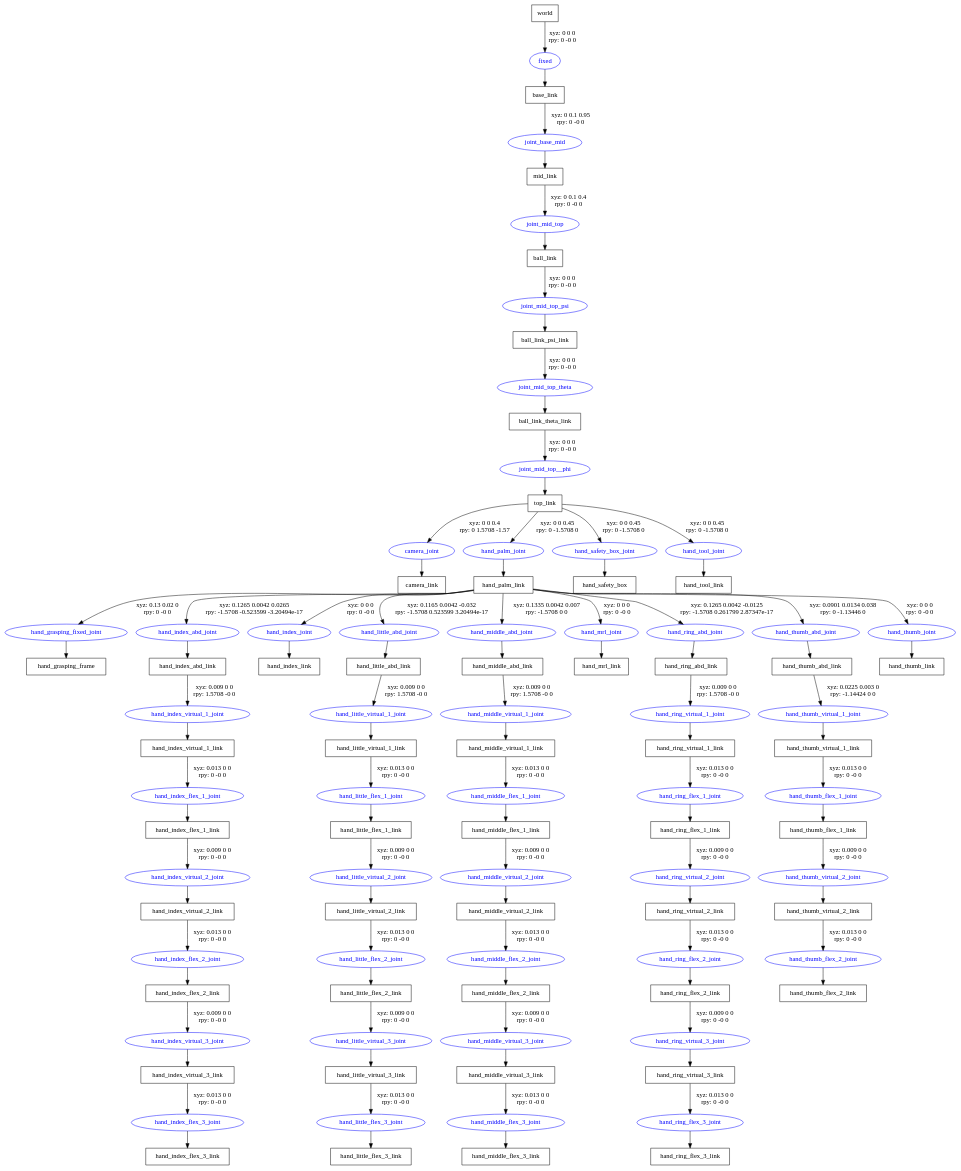
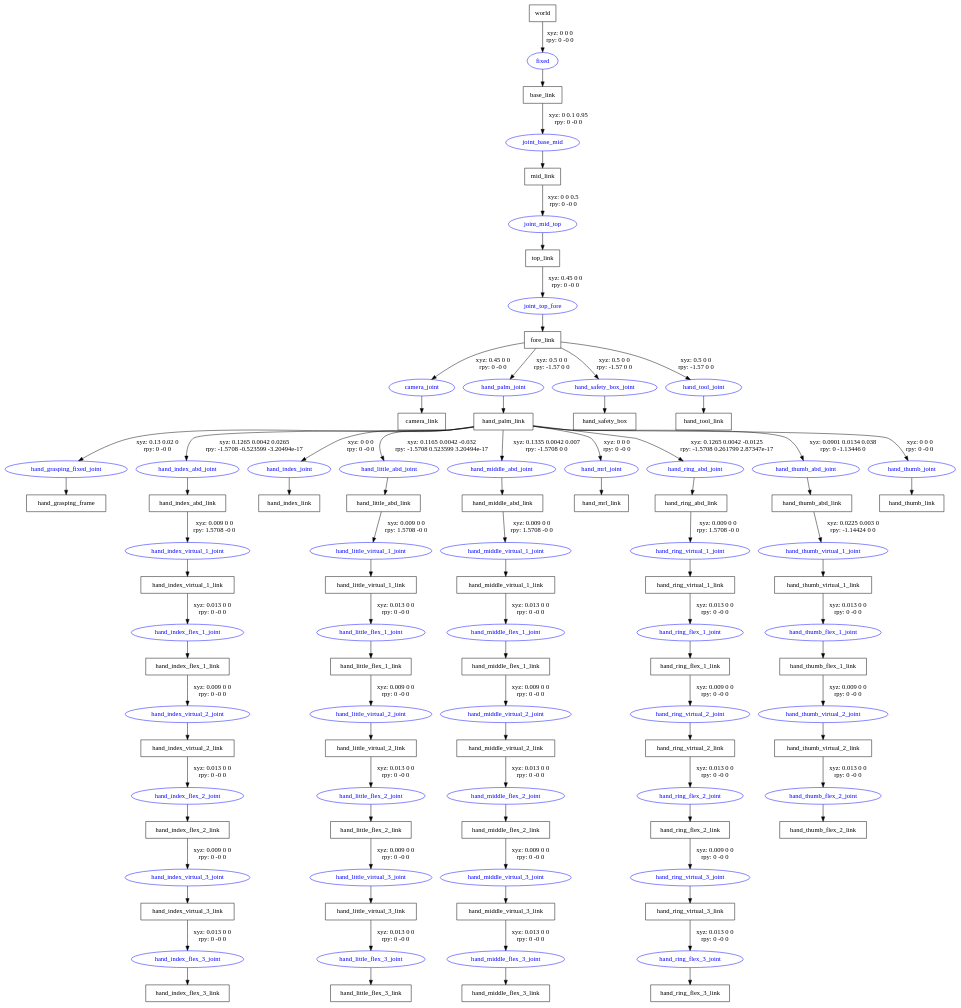
Before and after one commit to Mohammedelsayed412/prosthetic_hand_simulator: the diagram in sim_env_ws/src/arm_description/urdf/arm_stand.gv, drawn with Graphviz. The commit also changed 9 other files, not shown here.

```diff
--- a/sim_env_ws/src/arm_description/urdf/arm_stand.gv
+++ b/sim_env_ws/src/arm_description/urdf/arm_stand.gv
@@ -1,146 +1,140 @@
 digraph G {
 node [shape=box];
 "world" [label="world"];
 "base_link" [label="base_link"];
 "mid_link" [label="mid_link"];
-"ball_link" [label="ball_link"];
-"ball_link_psi_link" [label="ball_link_psi_link"];
-"ball_link_theta_link" [label="ball_link_theta_link"];
 "top_link" [label="top_link"];
+"fore_link" [label="fore_link"];
 "camera_link" [label="camera_link"];
 "hand_palm_link" [label="hand_palm_link"];
 "hand_grasping_frame" [label="hand_grasping_frame"];
 "hand_index_abd_link" [label="hand_index_abd_link"];
 "hand_index_virtual_1_link" [label="hand_index_virtual_1_link"];
 "hand_index_flex_1_link" [label="hand_index_flex_1_link"];
 "hand_index_virtual_2_link" [label="hand_index_virtual_2_link"];
 "hand_index_flex_2_link" [label="hand_index_flex_2_link"];
 "hand_index_virtual_3_link" [label="hand_index_virtual_3_link"];
 "hand_index_flex_3_link" [label="hand_index_flex_3_link"];
 "hand_index_link" [label="hand_index_link"];
 "hand_little_abd_link" [label="hand_little_abd_link"];
 "hand_little_virtual_1_link" [label="hand_little_virtual_1_link"];
 "hand_little_flex_1_link" [label="hand_little_flex_1_link"];
 "hand_little_virtual_2_link" [label="hand_little_virtual_2_link"];
 "hand_little_flex_2_link" [label="hand_little_flex_2_link"];
 "hand_little_virtual_3_link" [label="hand_little_virtual_3_link"];
 "hand_little_flex_3_link" [label="hand_little_flex_3_link"];
 "hand_middle_abd_link" [label="hand_middle_abd_link"];
 "hand_middle_virtual_1_link" [label="hand_middle_virtual_1_link"];
 "hand_middle_flex_1_link" [label="hand_middle_flex_1_link"];
 "hand_middle_virtual_2_link" [label="hand_middle_virtual_2_link"];
 "hand_middle_flex_2_link" [label="hand_middle_flex_2_link"];
 "hand_middle_virtual_3_link" [label="hand_middle_virtual_3_link"];
 "hand_middle_flex_3_link" [label="hand_middle_flex_3_link"];
 "hand_mrl_link" [label="hand_mrl_link"];
 "hand_ring_abd_link" [label="hand_ring_abd_link"];
 "hand_ring_virtual_1_link" [label="hand_ring_virtual_1_link"];
 "hand_ring_flex_1_link" [label="hand_ring_flex_1_link"];
 "hand_ring_virtual_2_link" [label="hand_ring_virtual_2_link"];
 "hand_ring_flex_2_link" [label="hand_ring_flex_2_link"];
 "hand_ring_virtual_3_link" [label="hand_ring_virtual_3_link"];
 "hand_ring_flex_3_link" [label="hand_ring_flex_3_link"];
 "hand_thumb_abd_link" [label="hand_thumb_abd_link"];
 "hand_thumb_virtual_1_link" [label="hand_thumb_virtual_1_link"];
 "hand_thumb_flex_1_link" [label="hand_thumb_flex_1_link"];
 "hand_thumb_virtual_2_link" [label="hand_thumb_virtual_2_link"];
 "hand_thumb_flex_2_link" [label="hand_thumb_flex_2_link"];
 "hand_thumb_link" [label="hand_thumb_link"];
 "hand_safety_box" [label="hand_safety_box"];
 "hand_tool_link" [label="hand_tool_link"];
 node [shape=ellipse, color=blue, fontcolor=blue];
 "world" -> "fixed" [label="xyz: 0 0 0 \nrpy: 0 -0 0"]
 "fixed" -> "base_link"
 "base_link" -> "joint_base_mid" [label="xyz: 0 0.1 0.95 \nrpy: 0 -0 0"]
 "joint_base_mid" -> "mid_link"
-"mid_link" -> "joint_mid_top" [label="xyz: 0 0.1 0.4 \nrpy: 0 -0 0"]
-"joint_mid_top" -> "ball_link"
-"ball_link" -> "joint_mid_top_psi" [label="xyz: 0 0 0 \nrpy: 0 -0 0"]
-"joint_mid_top_psi" -> "ball_link_psi_link"
-"ball_link_psi_link" -> "joint_mid_top_theta" [label="xyz: 0 0 0 \nrpy: 0 -0 0"]
-"joint_mid_top_theta" -> "ball_link_theta_link"
-"ball_link_theta_link" -> "joint_mid_top__phi" [label="xyz: 0 0 0 \nrpy: 0 -0 0"]
-"joint_mid_top__phi" -> "top_link"
-"top_link" -> "camera_joint" [label="xyz: 0 0 0.4 \nrpy: 0 1.5708 -1.57"]
+"mid_link" -> "joint_mid_top" [label="xyz: 0 0 0.5 \nrpy: 0 -0 0"]
+"joint_mid_top" -> "top_link"
+"top_link" -> "joint_top_fore" [label="xyz: 0.45 0 0 \nrpy: 0 -0 0"]
+"joint_top_fore" -> "fore_link"
+"fore_link" -> "camera_joint" [label="xyz: 0.45 0 0 \nrpy: 0 -0 0"]
 "camera_joint" -> "camera_link"
-"top_link" -> "hand_palm_joint" [label="xyz: 0 0 0.45 \nrpy: 0 -1.5708 0"]
+"fore_link" -> "hand_palm_joint" [label="xyz: 0.5 0 0 \nrpy: -1.57 0 0"]
 "hand_palm_joint" -> "hand_palm_link"
 "hand_palm_link" -> "hand_grasping_fixed_joint" [label="xyz: 0.13 0.02 0 \nrpy: 0 -0 0"]
 "hand_grasping_fixed_joint" -> "hand_grasping_frame"
 "hand_palm_link" -> "hand_index_abd_joint" [label="xyz: 0.1265 0.0042 0.0265 \nrpy: -1.5708 -0.523599 -3.20494e-17"]
 "hand_index_abd_joint" -> "hand_index_abd_link"
 "hand_index_abd_link" -> "hand_index_virtual_1_joint" [label="xyz: 0.009 0 0 \nrpy: 1.5708 -0 0"]
 "hand_index_virtual_1_joint" -> "hand_index_virtual_1_link"
 "hand_index_virtual_1_link" -> "hand_index_flex_1_joint" [label="xyz: 0.013 0 0 \nrpy: 0 -0 0"]
 "hand_index_flex_1_joint" -> "hand_index_flex_1_link"
 "hand_index_flex_1_link" -> "hand_index_virtual_2_joint" [label="xyz: 0.009 0 0 \nrpy: 0 -0 0"]
 "hand_index_virtual_2_joint" -> "hand_index_virtual_2_link"
 "hand_index_virtual_2_link" -> "hand_index_flex_2_joint" [label="xyz: 0.013 0 0 \nrpy: 0 -0 0"]
 "hand_index_flex_2_joint" -> "hand_index_flex_2_link"
 "hand_index_flex_2_link" -> "hand_index_virtual_3_joint" [label="xyz: 0.009 0 0 \nrpy: 0 -0 0"]
 "hand_index_virtual_3_joint" -> "hand_index_virtual_3_link"
 "hand_index_virtual_3_link" -> "hand_index_flex_3_joint" [label="xyz: 0.013 0 0 \nrpy: 0 -0 0"]
 "hand_index_flex_3_joint" -> "hand_index_flex_3_link"
 "hand_palm_link" -> "hand_index_joint" [label="xyz: 0 0 0 \nrpy: 0 -0 0"]
 "hand_index_joint" -> "hand_index_link"
 "hand_palm_link" -> "hand_little_abd_joint" [label="xyz: 0.1165 0.0042 -0.032 \nrpy: -1.5708 0.523599 3.20494e-17"]
 "hand_little_abd_joint" -> "hand_little_abd_link"
 "hand_little_abd_link" -> "hand_little_virtual_1_joint" [label="xyz: 0.009 0 0 \nrpy: 1.5708 -0 0"]
 "hand_little_virtual_1_joint" -> "hand_little_virtual_1_link"
 "hand_little_virtual_1_link" -> "hand_little_flex_1_joint" [label="xyz: 0.013 0 0 \nrpy: 0 -0 0"]
 "hand_little_flex_1_joint" -> "hand_little_flex_1_link"
 "hand_little_flex_1_link" -> "hand_little_virtual_2_joint" [label="xyz: 0.009 0 0 \nrpy: 0 -0 0"]
 "hand_little_virtual_2_joint" -> "hand_little_virtual_2_link"
 "hand_little_virtual_2_link" -> "hand_little_flex_2_joint" [label="xyz: 0.013 0 0 \nrpy: 0 -0 0"]
 "hand_little_flex_2_joint" -> "hand_little_flex_2_link"
 "hand_little_flex_2_link" -> "hand_little_virtual_3_joint" [label="xyz: 0.009 0 0 \nrpy: 0 -0 0"]
 "hand_little_virtual_3_joint" -> "hand_little_virtual_3_link"
 "hand_little_virtual_3_link" -> "hand_little_flex_3_joint" [label="xyz: 0.013 0 0 \nrpy: 0 -0 0"]
 "hand_little_flex_3_joint" -> "hand_little_flex_3_link"
 "hand_palm_link" -> "hand_middle_abd_joint" [label="xyz: 0.1335 0.0042 0.007 \nrpy: -1.5708 0 0"]
 "hand_middle_abd_joint" -> "hand_middle_abd_link"
 "hand_middle_abd_link" -> "hand_middle_virtual_1_joint" [label="xyz: 0.009 0 0 \nrpy: 1.5708 -0 0"]
 "hand_middle_virtual_1_joint" -> "hand_middle_virtual_1_link"
 "hand_middle_virtual_1_link" -> "hand_middle_flex_1_joint" [label="xyz: 0.013 0 0 \nrpy: 0 -0 0"]
 "hand_middle_flex_1_joint" -> "hand_middle_flex_1_link"
 "hand_middle_flex_1_link" -> "hand_middle_virtual_2_joint" [label="xyz: 0.009 0 0 \nrpy: 0 -0 0"]
 "hand_middle_virtual_2_joint" -> "hand_middle_virtual_2_link"
 "hand_middle_virtual_2_link" -> "hand_middle_flex_2_joint" [label="xyz: 0.013 0 0 \nrpy: 0 -0 0"]
 "hand_middle_flex_2_joint" -> "hand_middle_flex_2_link"
 "hand_middle_flex_2_link" -> "hand_middle_virtual_3_joint" [label="xyz: 0.009 0 0 \nrpy: 0 -0 0"]
 "hand_middle_virtual_3_joint" -> "hand_middle_virtual_3_link"
 "hand_middle_virtual_3_link" -> "hand_middle_flex_3_joint" [label="xyz: 0.013 0 0 \nrpy: 0 -0 0"]
 "hand_middle_flex_3_joint" -> "hand_middle_flex_3_link"
 "hand_palm_link" -> "hand_mrl_joint" [label="xyz: 0 0 0 \nrpy: 0 -0 0"]
 "hand_mrl_joint" -> "hand_mrl_link"
 "hand_palm_link" -> "hand_ring_abd_joint" [label="xyz: 0.1265 0.0042 -0.0125 \nrpy: -1.5708 0.261799 2.87347e-17"]
 "hand_ring_abd_joint" -> "hand_ring_abd_link"
 "hand_ring_abd_link" -> "hand_ring_virtual_1_joint" [label="xyz: 0.009 0 0 \nrpy: 1.5708 -0 0"]
 "hand_ring_virtual_1_joint" -> "hand_ring_virtual_1_link"
 "hand_ring_virtual_1_link" -> "hand_ring_flex_1_joint" [label="xyz: 0.013 0 0 \nrpy: 0 -0 0"]
 "hand_ring_flex_1_joint" -> "hand_ring_flex_1_link"
 "hand_ring_flex_1_link" -> "hand_ring_virtual_2_joint" [label="xyz: 0.009 0 0 \nrpy: 0 -0 0"]
 "hand_ring_virtual_2_joint" -> "hand_ring_virtual_2_link"
 "hand_ring_virtual_2_link" -> "hand_ring_flex_2_joint" [label="xyz: 0.013 0 0 \nrpy: 0 -0 0"]
 "hand_ring_flex_2_joint" -> "hand_ring_flex_2_link"
 "hand_ring_flex_2_link" -> "hand_ring_virtual_3_joint" [label="xyz: 0.009 0 0 \nrpy: 0 -0 0"]
 "hand_ring_virtual_3_joint" -> "hand_ring_virtual_3_link"
 "hand_ring_virtual_3_link" -> "hand_ring_flex_3_joint" [label="xyz: 0.013 0 0 \nrpy: 0 -0 0"]
 "hand_ring_flex_3_joint" -> "hand_ring_flex_3_link"
 "hand_palm_link" -> "hand_thumb_abd_joint" [label="xyz: 0.0901 0.0134 0.038 \nrpy: 0 -1.13446 0"]
 "hand_thumb_abd_joint" -> "hand_thumb_abd_link"
 "hand_thumb_abd_link" -> "hand_thumb_virtual_1_joint" [label="xyz: 0.0225 0.003 0 \nrpy: -1.14424 0 0"]
 "hand_thumb_virtual_1_joint" -> "hand_thumb_virtual_1_link"
 "hand_thumb_virtual_1_link" -> "hand_thumb_flex_1_joint" [label="xyz: 0.013 0 0 \nrpy: 0 -0 0"]
 "hand_thumb_flex_1_joint" -> "hand_thumb_flex_1_link"
 "hand_thumb_flex_1_link" -> "hand_thumb_virtual_2_joint" [label="xyz: 0.009 0 0 \nrpy: 0 -0 0"]
 "hand_thumb_virtual_2_joint" -> "hand_thumb_virtual_2_link"
 "hand_thumb_virtual_2_link" -> "hand_thumb_flex_2_joint" [label="xyz: 0.013 0 0 \nrpy: 0 -0 0"]
 "hand_thumb_flex_2_joint" -> "hand_thumb_flex_2_link"
 "hand_palm_link" -> "hand_thumb_joint" [label="xyz: 0 0 0 \nrpy: 0 -0 0"]
 "hand_thumb_joint" -> "hand_thumb_link"
-"top_link" -> "hand_safety_box_joint" [label="xyz: 0 0 0.45 \nrpy: 0 -1.5708 0"]
+"fore_link" -> "hand_safety_box_joint" [label="xyz: 0.5 0 0 \nrpy: -1.57 0 0"]
 "hand_safety_box_joint" -> "hand_safety_box"
-"top_link" -> "hand_tool_joint" [label="xyz: 0 0 0.45 \nrpy: 0 -1.5708 0"]
+"fore_link" -> "hand_tool_joint" [label="xyz: 0.5 0 0 \nrpy: -1.57 0 0"]
 "hand_tool_joint" -> "hand_tool_link"
 }
```
